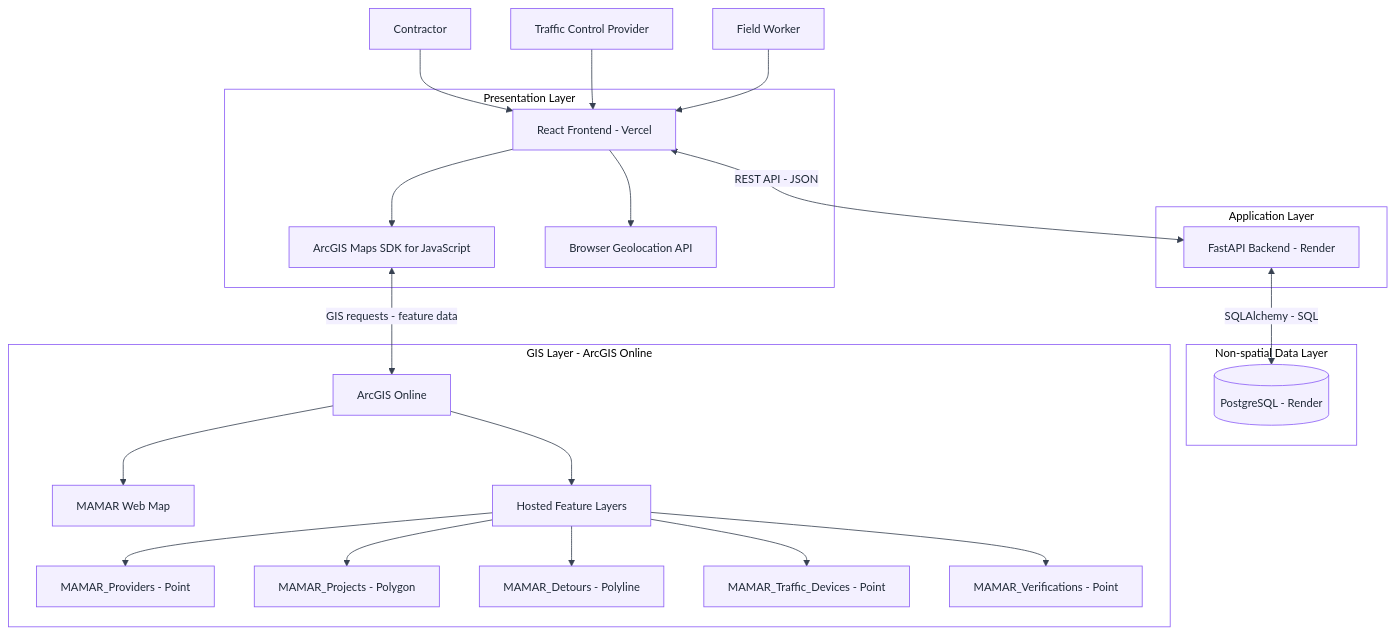
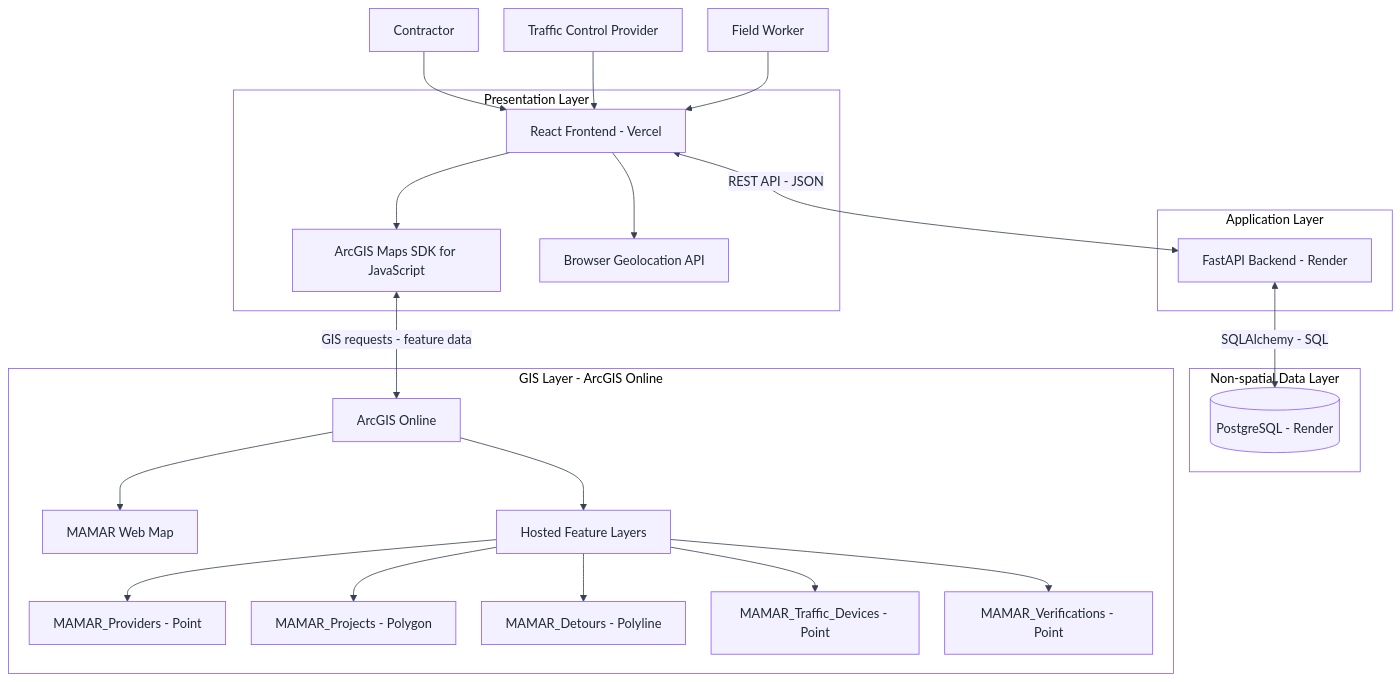
Before and after one commit to janaalhazmi/MAMAR: the first of 6 diagrams in Stage 3: Technical Documentation/README.md, drawn with Mermaid. The commit also changed other lines of this file, not shown here.

Commit message:
Polish and standardize Stage 3 Mermaid diagrams

````diff
--- a/Stage 3: Technical Documentation/README.md
+++ b/Stage 3: Technical Documentation/README.md
@@ -89,38 +89,42 @@
 ```mermaid
-%%{init: {"theme": "base", "themeVariables": {"background": "#FFFFFF", "primaryColor": "#F3F0FF", "primaryTextColor": "#1F2937", "primaryBorderColor": "#8B5CF6", "lineColor": "#374151", "secondaryColor": "#F3F0FF", "tertiaryColor": "#FFFFFF", "actorBkg": "#F3F0FF", "actorBorder": "#8B5CF6", "actorTextColor": "#1F2937", "signalColor": "#374151", "signalTextColor": "#1F2937", "labelBoxBkgColor": "#F3F0FF", "labelBoxBorderColor": "#8B5CF6", "noteBkgColor": "#F3F0FF", "noteBorderColor": "#8B5CF6", "fontFamily": "Arial", "fontSize": "14px"}}}%%
+%%{init: {"theme":"base","themeVariables":{"background":"#FFFFFF","primaryColor":"#F3F0FF","primaryTextColor":"#1F2937","primaryBorderColor":"#8B5CF6","lineColor":"#374151","secondaryColor":"#F3F0FF","tertiaryColor":"#FFFFFF","actorBkg":"#F3F0FF","actorBorder":"#8B5CF6","actorTextColor":"#1F2937","signalColor":"#374151","signalTextColor":"#1F2937","labelBoxBkgColor":"#F3F0FF","labelBoxBorderColor":"#8B5CF6","noteBkgColor":"#F3F0FF","noteBorderColor":"#8B5CF6","fontFamily":"Arial, sans-serif","fontSize":"16px"},"flowchart":{"nodeSpacing":32,"rankSpacing":48,"curve":"basis","htmlLabels":true}}}%%
 flowchart TB
     Contractor[Contractor] --> React[React Frontend - Vercel]
     Provider[Traffic Control Provider] --> React
     Worker[Field Worker] --> React
     subgraph Presentation[Presentation Layer]
       React --> SDK[ArcGIS Maps SDK for JavaScript]
       React --> Geo[Browser Geolocation API]
     end
     subgraph Application[Application Layer]
       API[FastAPI Backend - Render]
     end
     subgraph Database[Non-spatial Data Layer]
       DB[(PostgreSQL - Render)]
     end
     subgraph GIS[GIS Layer - ArcGIS Online]
       AGOL[ArcGIS Online]
       WebMap[MAMAR Web Map]
       Hosted[Hosted Feature Layers]
       P[MAMAR_Providers - Point]
       Pr[MAMAR_Projects - Polygon]
       D[MAMAR_Detours - Polyline]
       T[MAMAR_Traffic_Devices - Point]
       V[MAMAR_Verifications - Point]
       AGOL --> WebMap
       AGOL --> Hosted
-      Hosted --> P & Pr & D & T & V
+      Hosted --> P
+      Hosted --> Pr
+      Hosted --> D
+      Hosted --> T
+      Hosted --> V
     end
     React <-->|REST API - JSON| API
     API <-->|SQLAlchemy - SQL| DB
     SDK <-->|GIS requests - feature data| AGOL
     classDef default fill:#F3F0FF,stroke:#8B5CF6,color:#1F2937,stroke-width:1px;
     style Presentation fill:#FFFFFF,stroke:#8B5CF6
     style Application fill:#FFFFFF,stroke:#8B5CF6
     style Database fill:#FFFFFF,stroke:#8B5CF6
     style GIS fill:#FFFFFF,stroke:#8B5CF6
 ```
````
